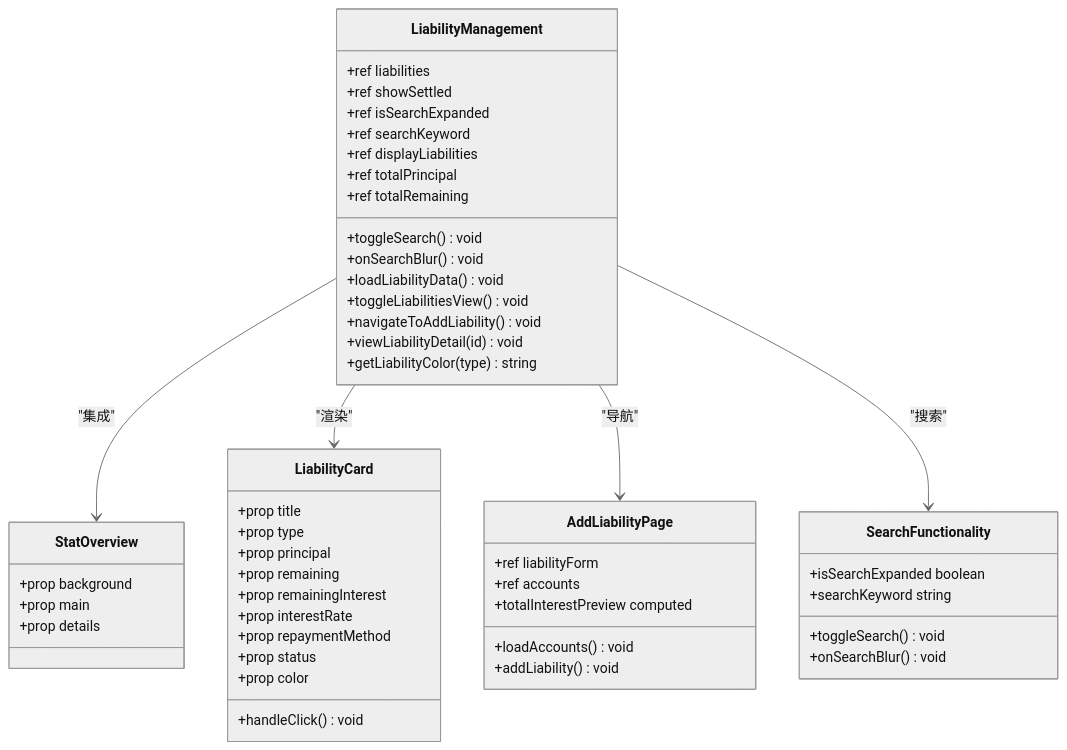
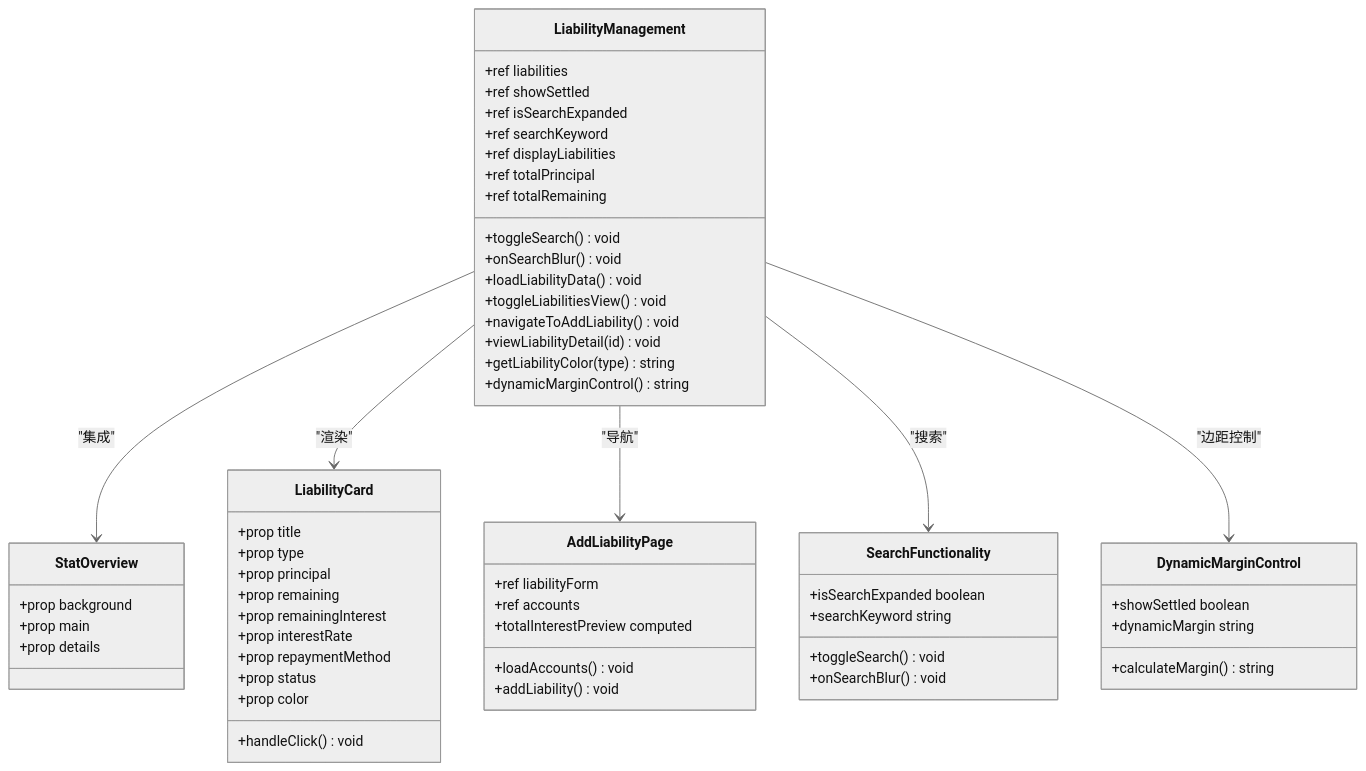
Before and after one commit to xiao-lin-unit/yuan: the third of 20 diagrams in .qoder/repowiki/zh/content/负债管理.md, drawn with Mermaid (neutral theme). The commit also changed other lines of this file and 15 other files, not shown here.

````diff
--- a/.qoder/repowiki/zh/content/负债管理.md
+++ b/.qoder/repowiki/zh/content/负债管理.md
@@ -214,53 +229,60 @@
 ```mermaid
 classDiagram
 class LiabilityManagement {
 +ref liabilities
 +ref showSettled
 +ref isSearchExpanded
 +ref searchKeyword
 +ref displayLiabilities
 +ref totalPrincipal
 +ref totalRemaining
 +toggleSearch() void
 +onSearchBlur() void
 +loadLiabilityData() void
 +toggleLiabilitiesView() void
 +navigateToAddLiability() void
 +viewLiabilityDetail(id) void
 +getLiabilityColor(type) string
++dynamicMarginControl() string
 }
 class StatOverview {
 +prop background
 +prop main
 +prop details
 }
 class LiabilityCard {
 +prop title
 +prop type
 +prop principal
 +prop remaining
 +prop remainingInterest
 +prop interestRate
 +prop repaymentMethod
 +prop status
 +prop color
 +handleClick() void
 }
 class AddLiabilityPage {
 +ref liabilityForm
 +ref accounts
 +totalInterestPreview computed
 +loadAccounts() void
 +addLiability() void
 }
 class SearchFunctionality {
 +isSearchExpanded boolean
 +searchKeyword string
 +toggleSearch() void
 +onSearchBlur() void
 }
+class DynamicMarginControl {
++showSettled boolean
++dynamicMargin string
++calculateMargin() string
+}
 LiabilityManagement --> StatOverview : "集成"
 LiabilityManagement --> LiabilityCard : "渲染"
 LiabilityManagement --> AddLiabilityPage : "导航"
 LiabilityManagement --> SearchFunctionality : "搜索"
+LiabilityManagement --> DynamicMarginControl : "边距控制"
 ```
````
